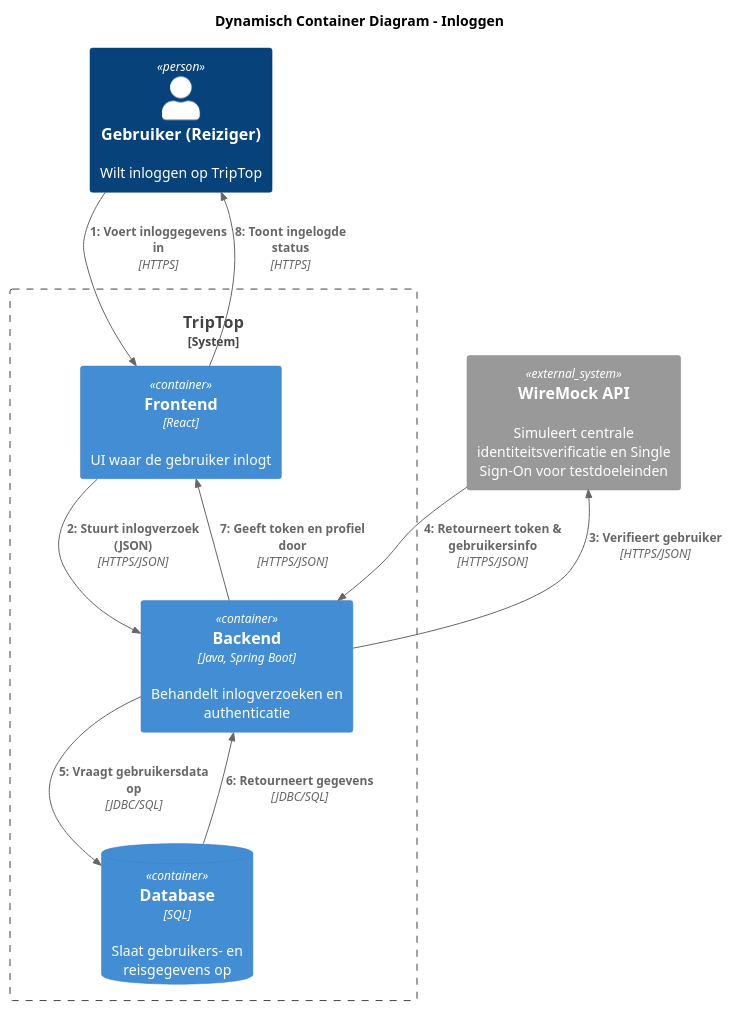
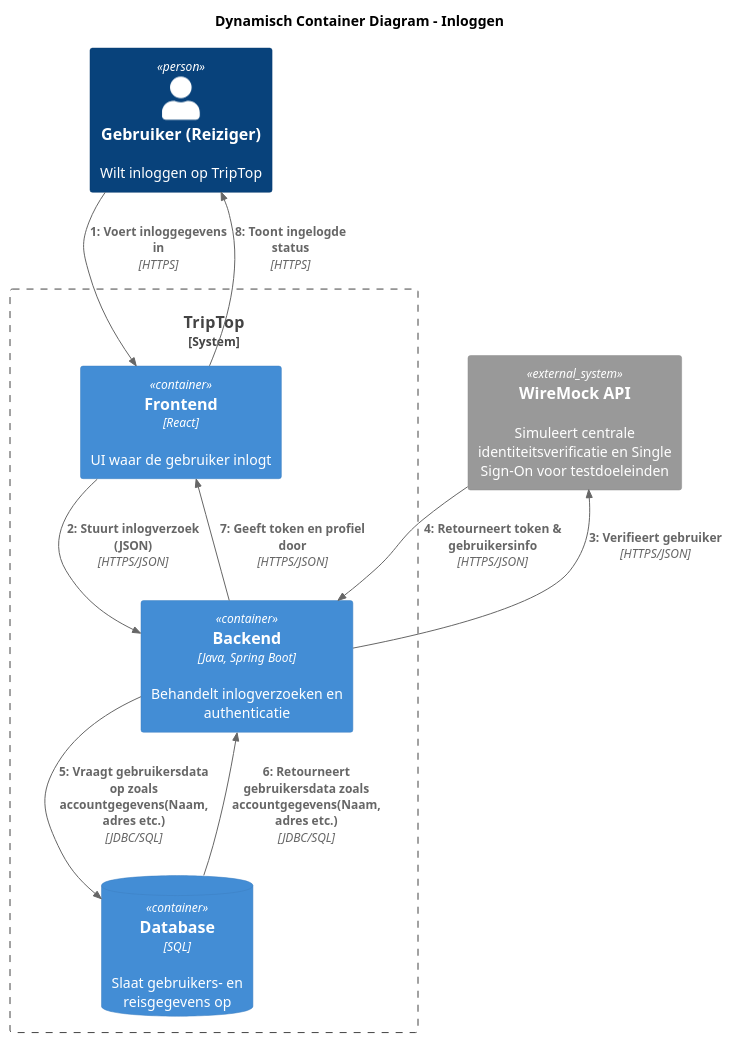
One commit to AIM-ENE-feb25/triptop-asas changed the diagram in software-guidebook/dynamisch-container-diagrammen/inlog-container-diagram.puml. Above: the diagram before and after it, drawn with PlantUML.

Commit message:
Feedback Bart week 1 verwerkt

```diff
--- a/software-guidebook/dynamisch-container-diagrammen/inlog-container-diagram.puml
+++ b/software-guidebook/dynamisch-container-diagrammen/inlog-container-diagram.puml
@@ -1,23 +1,23 @@
 @startuml Inloggen
 !include https://raw.githubusercontent.com/plantuml-stdlib/C4-PlantUML/master/C4_Dynamic.puml
 title Dynamisch Container Diagram – Inloggen
 
 Person(user, "Gebruiker (Reiziger)", "Wilt inloggen op TripTop")
 
 System_Boundary(triptop, "TripTop") {
 Container(frontend, "Frontend", "React", "UI waar de gebruiker inlogt")
 Container(backend, "Backend", "Java, Spring Boot", "Behandelt inlogverzoeken en authenticatie")
 ContainerDb(db, "Database", "SQL", "Slaat gebruikers- en reisgegevens op")
 }
 System_Ext(identity, "WireMock API", "Simuleert centrale identiteitsverificatie en Single Sign-On voor testdoeleinden")
 
 Rel(user, frontend, "Voert inloggegevens in", "HTTPS")
 Rel(frontend, backend, "Stuurt inlogverzoek (JSON)", "HTTPS/JSON")
 Rel(backend, identity, "Verifieert gebruiker", "HTTPS/JSON")
 Rel(identity, backend, "Retourneert token & gebruikersinfo", "HTTPS/JSON")
-Rel(backend, db, "Vraagt gebruikersdata op", "JDBC/SQL")
-Rel(db, backend, "Retourneert gegevens", "JDBC/SQL")
+Rel(backend, db, "Vraagt gebruikersdata op zoals accountgegevens(Naam, adres etc.)", "JDBC/SQL")
+Rel(db, backend, "Retourneert gebruikersdata zoals accountgegevens(Naam, adres etc.)", "JDBC/SQL")
 Rel(backend, frontend, "Geeft token en profiel door", "HTTPS/JSON")
 Rel(frontend, user, "Toont ingelogde status", "HTTPS")
 
 @enduml
```
